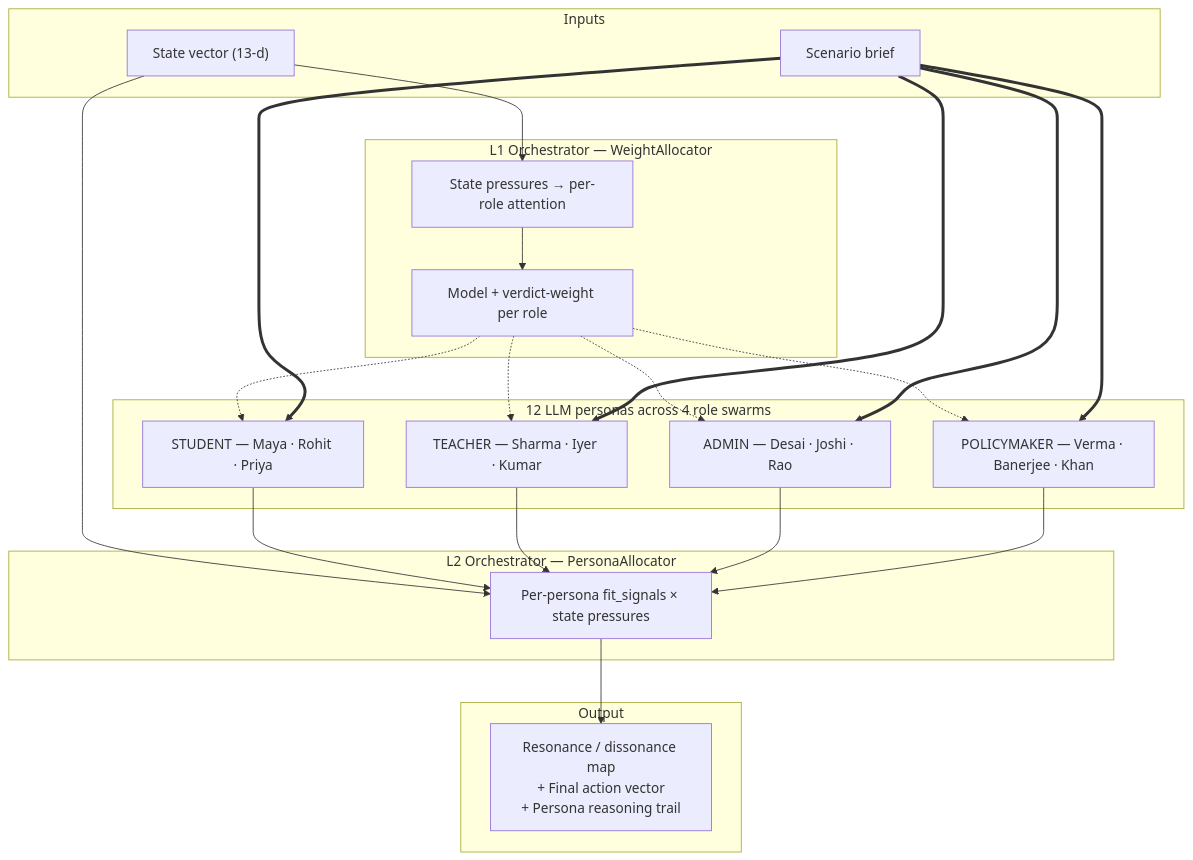
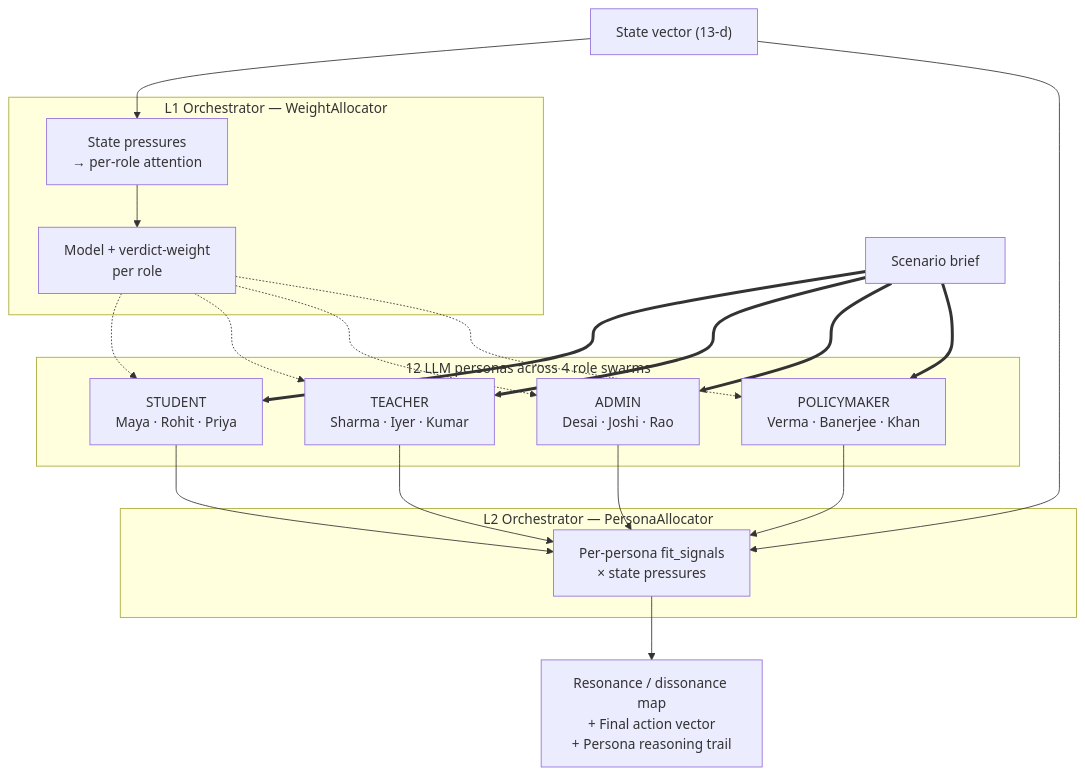
Before and after one commit to RudraBhaskar9439/Enigma: the diagram in Blog.md, drawn with Mermaid. The commit also changed other lines of this file, not shown here.

````diff
--- a/Blog.md
+++ b/Blog.md
@@ -105,44 +73,37 @@
 ```mermaid
 flowchart TB
-    subgraph Inputs["Inputs"]
-        S["State vector (13-d)"]
-        SC["Scenario brief"]
-    end
+    S["State vector (13-d)"] --> ATT
+    SC["Scenario brief"] ==> ST
+    SC ==> TE
+    SC ==> AD
+    SC ==> PO
 
     subgraph L1["L1 Orchestrator — WeightAllocator"]
-        ATT["State pressures → per-role attention"]
-        MD["Model + verdict-weight per role"]
+        ATT["State pressures<br/>→ per-role attention"]
+        MD["Model + verdict-weight<br/>per role"]
         ATT --> MD
     end
 
     subgraph Swarms["12 LLM personas across 4 role swarms"]
-        ST["STUDENT — Maya · Rohit · Priya"]
-        TE["TEACHER — Sharma · Iyer · Kumar"]
-        AD["ADMIN — Desai · Joshi · Rao"]
-        PO["POLICYMAKER — Verma · Banerjee · Khan"]
+        ST["STUDENT<br/>Maya · Rohit · Priya"]
+        TE["TEACHER<br/>Sharma · Iyer · Kumar"]
+        AD["ADMIN<br/>Desai · Joshi · Rao"]
+        PO["POLICYMAKER<br/>Verma · Banerjee · Khan"]
     end
 
     subgraph L2["L2 Orchestrator — PersonaAllocator"]
-        FIT["Per-persona fit_signals × state pressures"]
+        FIT["Per-persona fit_signals<br/>× state pressures"]
     end
 
-    subgraph Output["Output"]
-        RM["Resonance / dissonance map<br/>+ Final action vector<br/>+ Persona reasoning trail"]
-    end
-
-    S --> ATT
-    S --> FIT
     MD -.-> ST
     MD -.-> TE
     MD -.-> AD
     MD -.-> PO
-    SC ==> ST
-    SC ==> TE
-    SC ==> AD
-    SC ==> PO
+    S --> FIT
     ST --> FIT
     TE --> FIT
     AD --> FIT
     PO --> FIT
-    FIT --> RM
+
+    FIT --> RM["Resonance / dissonance map<br/>+ Final action vector<br/>+ Persona reasoning trail"]
 ```
````
